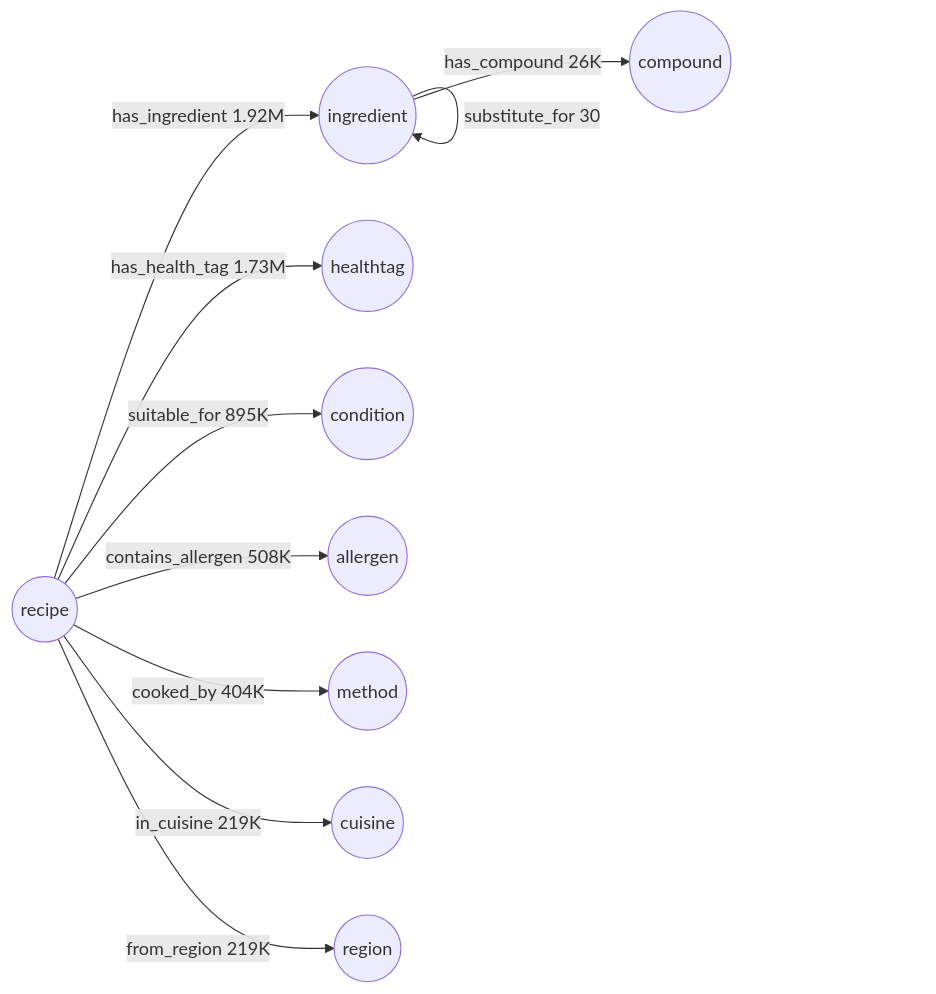
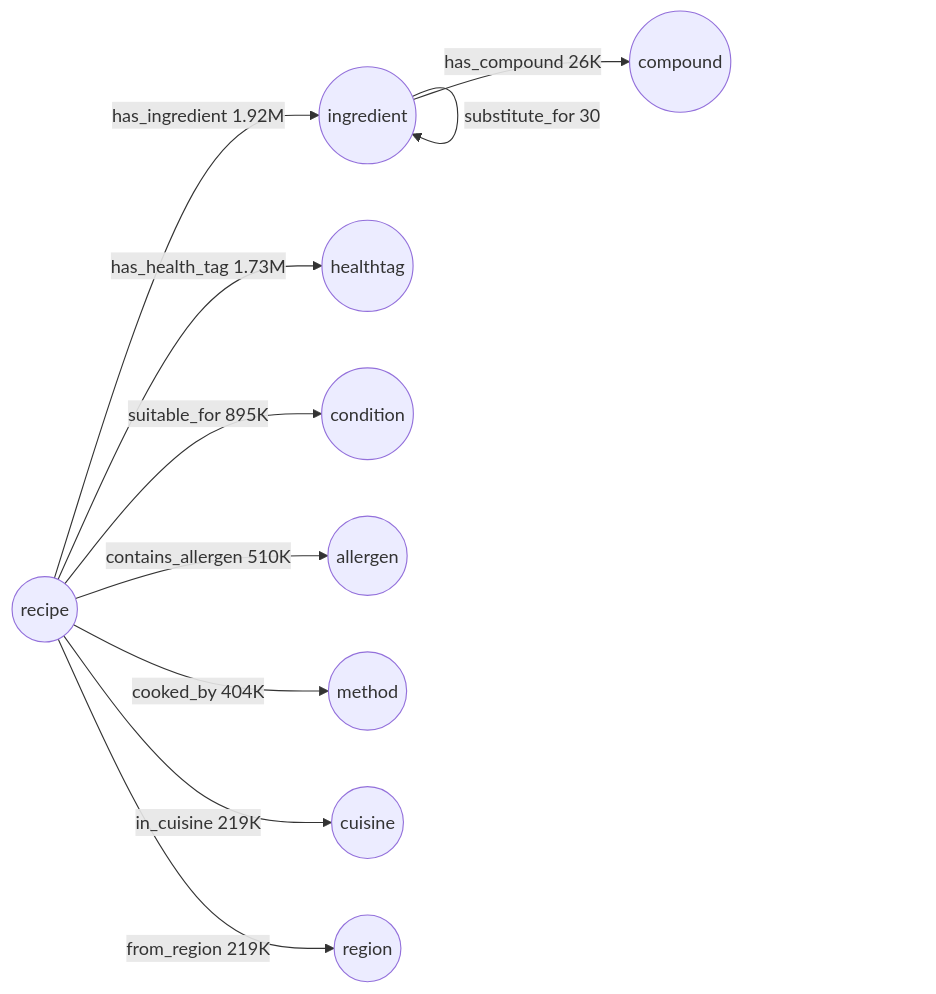
Before and after one commit to Poshaka-Research-Lab/IndicRecipeNutri-dataset: the second of 2 diagrams in README.md, drawn with Mermaid. The commit also changed other lines of this file and 16 other files, not shown here.

````diff
--- a/README.md
+++ b/README.md
@@ -331,13 +335,13 @@
 ```mermaid
 graph LR
     R((recipe)) -->|has_ingredient 1.92M| I((ingredient))
     R -->|has_health_tag 1.73M| H((healthtag))
     R -->|suitable_for 895K| D((condition))
-    R -->|contains_allergen 508K| A((allergen))
+    R -->|contains_allergen 510K| A((allergen))
     R -->|cooked_by 404K| M((method))
     R -->|in_cuisine 219K| C((cuisine))
     R -->|from_region 219K| G((region))
     I -->|has_compound 26K| P((compound))
     I -->|pairs_with 3.3K| I
     I -->|substitute_for 30| I
 ```
````
